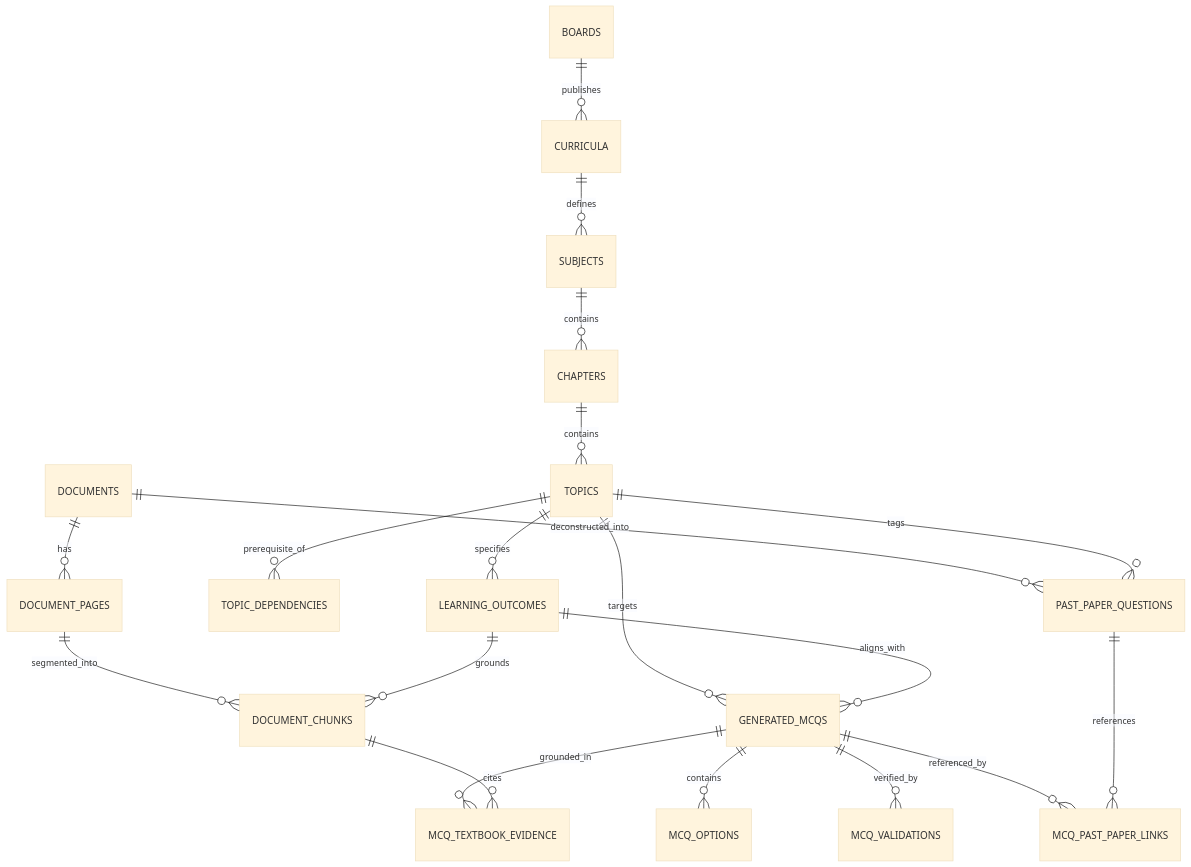
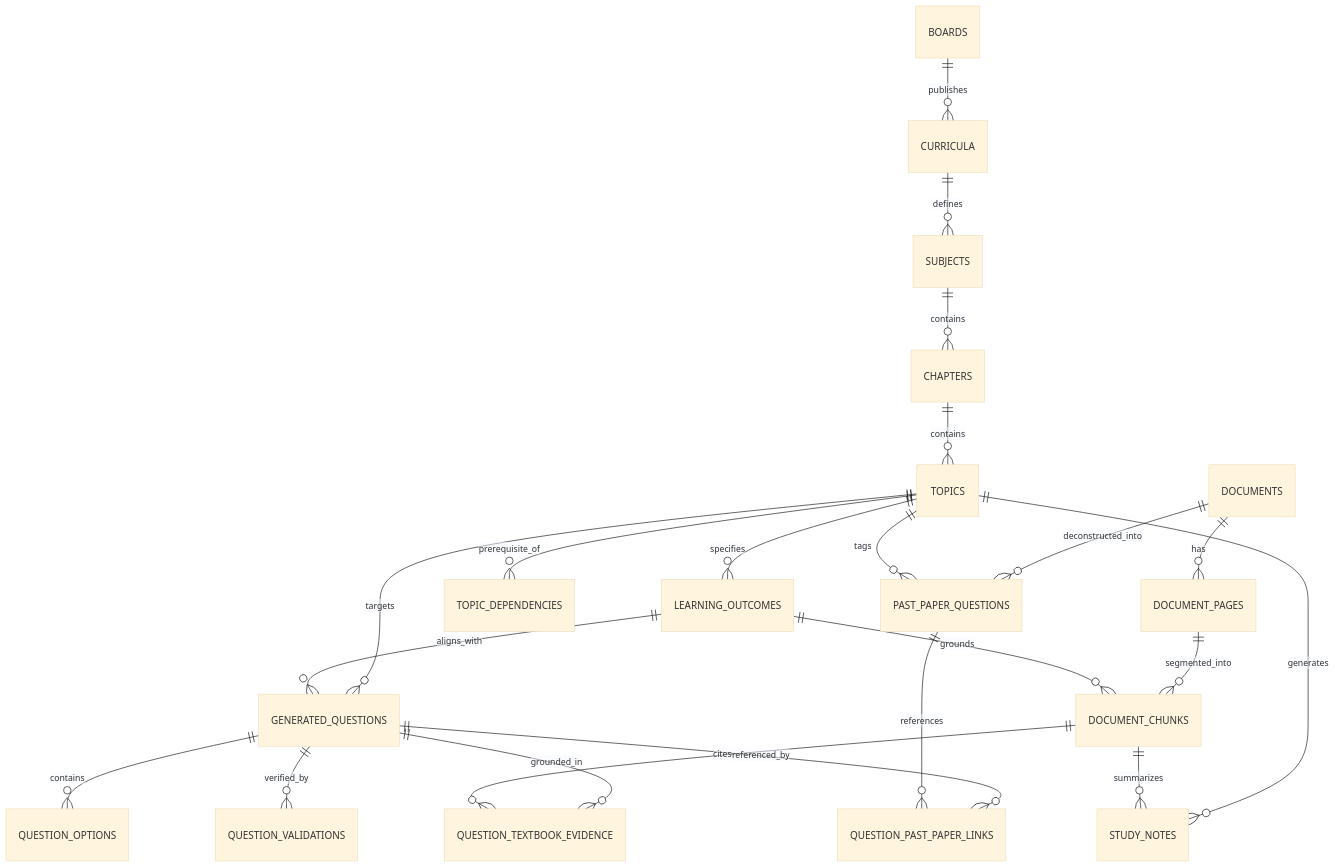
Before and after one commit to ali-muhammad-salim/education-mcq-ai: the second of 5 diagrams in docs/ARCHITECTURE.md, drawn with Mermaid (base theme). The commit also changed other lines of this file and 555 other files, not shown here.

````diff
--- a/docs/ARCHITECTURE.md
+++ b/docs/ARCHITECTURE.md
@@ -73,26 +73,28 @@
 ```mermaid
 erDiagram
     BOARDS ||--o{ CURRICULA : publishes
     CURRICULA ||--o{ SUBJECTS : defines
     SUBJECTS ||--o{ CHAPTERS : contains
     CHAPTERS ||--o{ TOPICS : contains
     TOPICS ||--o{ LEARNING_OUTCOMES : specifies
     TOPICS ||--o{ TOPIC_DEPENDENCIES : prerequisite_of
 
     DOCUMENTS ||--o{ DOCUMENT_PAGES : has
     DOCUMENT_PAGES ||--o{ DOCUMENT_CHUNKS : segmented_into
     LEARNING_OUTCOMES ||--o{ DOCUMENT_CHUNKS : grounds
 
     DOCUMENTS ||--o{ PAST_PAPER_QUESTIONS : deconstructed_into
     TOPICS ||--o{ PAST_PAPER_QUESTIONS : tags
 
-    TOPICS ||--o{ GENERATED_MCQS : targets
-    LEARNING_OUTCOMES ||--o{ GENERATED_MCQS : aligns_with
-    GENERATED_MCQS ||--o{ MCQ_OPTIONS : contains
-    GENERATED_MCQS ||--o{ MCQ_VALIDATIONS : verified_by
-    GENERATED_MCQS ||--o{ MCQ_TEXTBOOK_EVIDENCE : grounded_in
-    GENERATED_MCQS ||--o{ MCQ_PAST_PAPER_LINKS : referenced_by
+    TOPICS ||--o{ GENERATED_QUESTIONS : targets
+    TOPICS ||--o{ STUDY_NOTES : generates
+    LEARNING_OUTCOMES ||--o{ GENERATED_QUESTIONS : aligns_with
+    GENERATED_QUESTIONS ||--o{ QUESTION_OPTIONS : contains
+    GENERATED_QUESTIONS ||--o{ QUESTION_VALIDATIONS : verified_by
+    GENERATED_QUESTIONS ||--o{ QUESTION_TEXTBOOK_EVIDENCE : grounded_in
+    GENERATED_QUESTIONS ||--o{ QUESTION_PAST_PAPER_LINKS : referenced_by
 
-    DOCUMENT_CHUNKS ||--o{ MCQ_TEXTBOOK_EVIDENCE : cites
-    PAST_PAPER_QUESTIONS ||--o{ MCQ_PAST_PAPER_LINKS : references
+    DOCUMENT_CHUNKS ||--o{ QUESTION_TEXTBOOK_EVIDENCE : cites
+    DOCUMENT_CHUNKS ||--o{ STUDY_NOTES : summarizes
+    PAST_PAPER_QUESTIONS ||--o{ QUESTION_PAST_PAPER_LINKS : references
 ```
````
